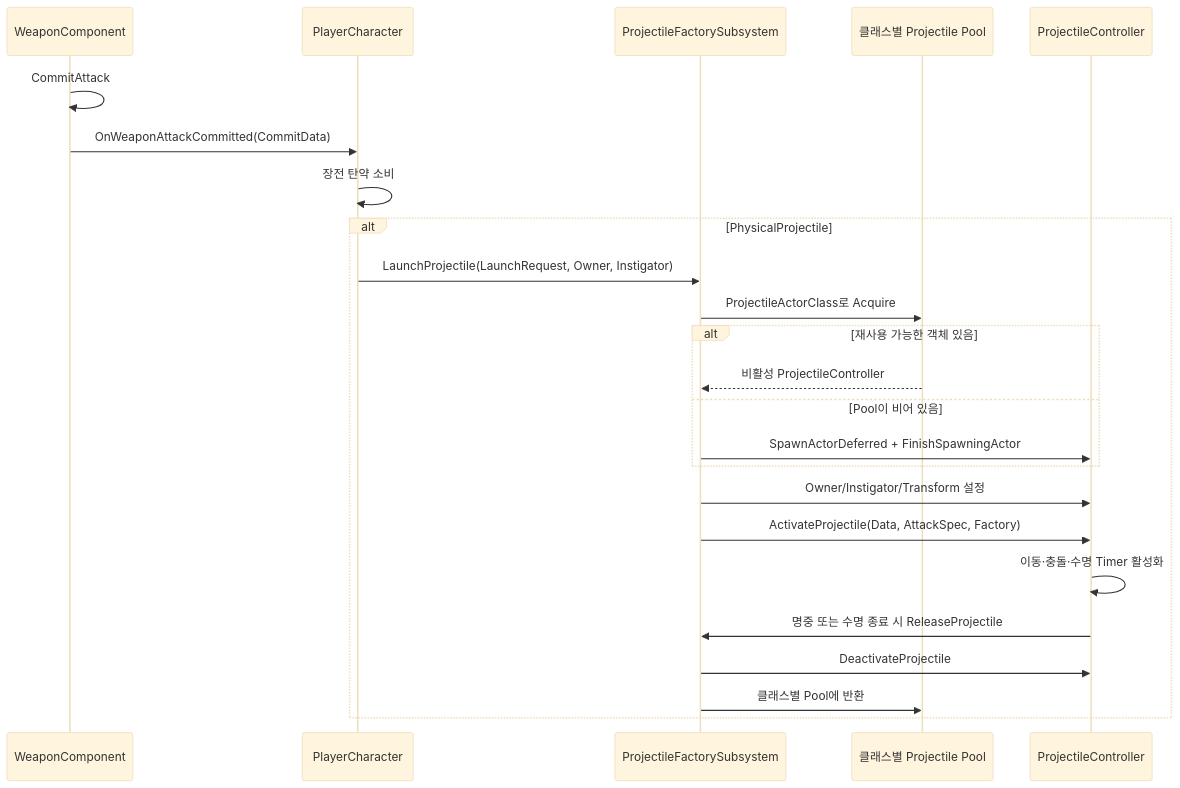
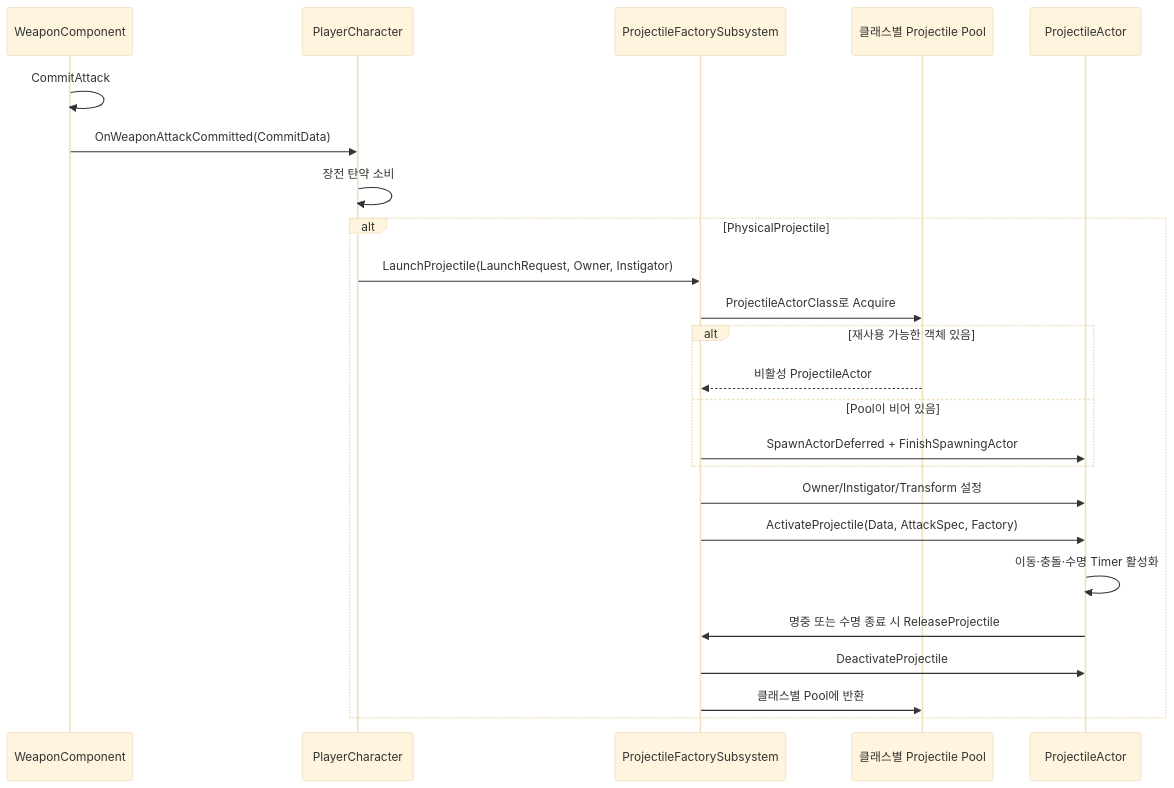
The third of 4 diagrams in Wiki/03_시스템 설계/무기 시스템.md (liang2papa/Astra_Docs), drawn with Mermaid (base theme) before and after one commit. The commit also changed other lines of this file and 11 other files, not shown here.

````diff
--- a/Wiki/03_시스템 설계/무기 시스템.md
+++ b/Wiki/03_시스템 설계/무기 시스템.md
@@ -196,27 +196,27 @@
 ```mermaid
 sequenceDiagram
     participant Weapon as WeaponComponent
     participant Player as PlayerCharacter
     participant Factory as ProjectileFactorySubsystem
     participant Pool as 클래스별 Projectile Pool
-    participant Projectile as ProjectileController
+    participant Projectile as ProjectileActor
 
     Weapon->>Weapon: CommitAttack
     Weapon->>Player: OnWeaponAttackCommitted(CommitData)
     Player->>Player: 장전 탄약 소비
     alt PhysicalProjectile
         Player->>Factory: LaunchProjectile(LaunchRequest, Owner, Instigator)
         Factory->>Pool: ProjectileActorClass로 Acquire
         alt 재사용 가능한 객체 있음
-            Pool-->>Factory: 비활성 ProjectileController
+            Pool-->>Factory: 비활성 ProjectileActor
         else Pool이 비어 있음
             Factory->>Projectile: SpawnActorDeferred + FinishSpawningActor
         end
         Factory->>Projectile: Owner/Instigator/Transform 설정
         Factory->>Projectile: ActivateProjectile(Data, AttackSpec, Factory)
         Projectile->>Projectile: 이동·충돌·수명 Timer 활성화
         Projectile->>Factory: 명중 또는 수명 종료 시 ReleaseProjectile
         Factory->>Projectile: DeactivateProjectile
         Factory->>Pool: 클래스별 Pool에 반환
     end
 ```
````
